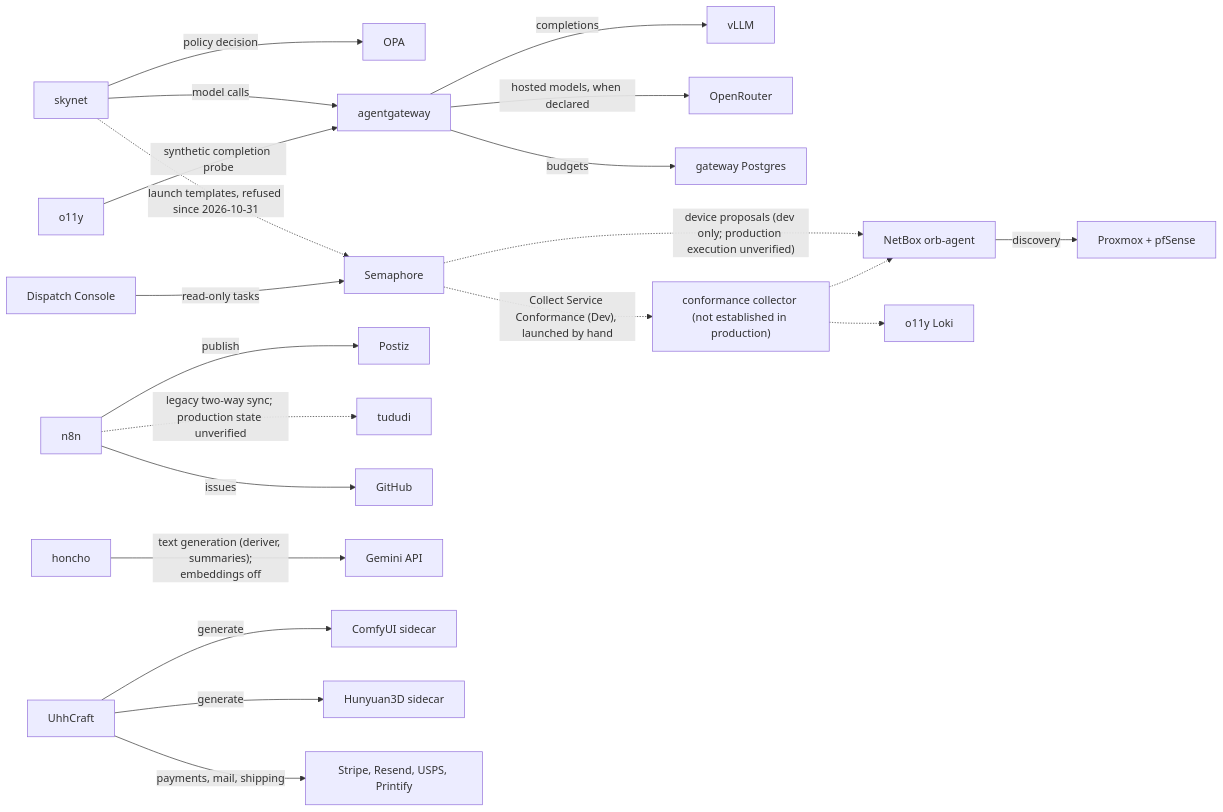
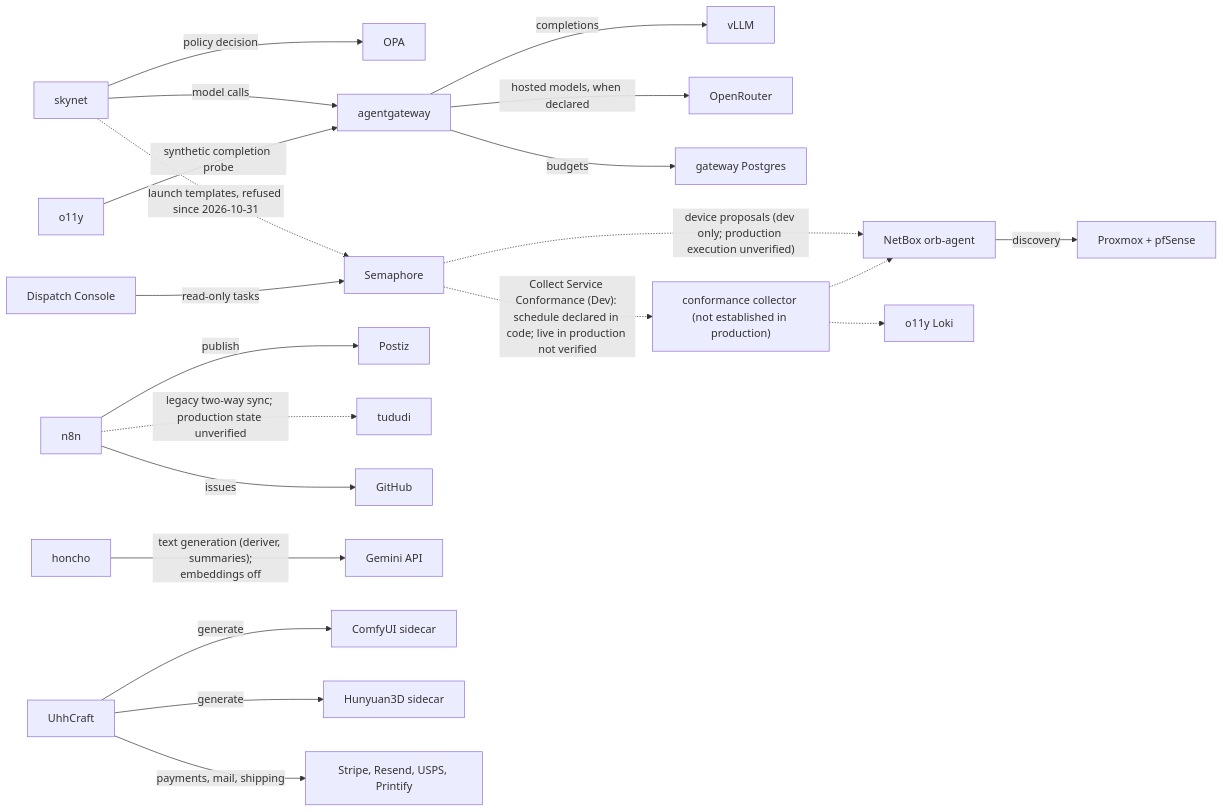
The fifth of 10 diagrams in plan/architecture/service-architecture.md (uhstray-io/agent-cloud), drawn with Mermaid before and after one commit. The commit also changed other lines of this file, not shown here.

First line of the commit message:
docs: correct conformance collector wording in service map

````diff
--- a/plan/architecture/service-architecture.md
+++ b/plan/architecture/service-architecture.md
@@ -319,23 +319,23 @@
 ```mermaid
 flowchart LR
     SKY["skynet"] -->|"policy decision"| OPA["OPA"]
     SKY -->|"model calls"| AGW["agentgateway"]
     SKY -.->|"launch templates, refused since 2026-10-31"| SEM["Semaphore"]
     AGW -->|"completions"| VLLM["vLLM"]
     AGW -->|"hosted models, when declared"| OR["OpenRouter"]
     AGW -->|"budgets"| AGWDB["gateway Postgres"]
     CON["Dispatch Console"] -->|"read-only tasks"| SEM
     N8N["n8n"] -->|"publish"| PZ["Postiz"]
     N8N -.->|"legacy two-way sync; production state unverified"| TD["tududi"]
     N8N -->|"issues"| GH["GitHub"]
     HON["honcho"] -->|"text generation (deriver, summaries);<br/>embeddings off"| GEM["Gemini API"]
     UHH["UhhCraft"] -->|"generate"| CUI["ComfyUI sidecar"]
     UHH -->|"generate"| HUN["Hunyuan3D sidecar"]
     UHH -->|"payments, mail, shipping"| EXT["Stripe, Resend, USPS, Printify"]
     NB["NetBox orb-agent"] -->|"discovery"| PVE["Proxmox + pfSense"]
     SEM -.->|"device proposals (dev only; production execution unverified)"| NB
     O11Y["o11y"] -->|"synthetic completion probe"| AGW
-    SEM -.->|"Collect Service Conformance (Dev), launched by hand"| COL["conformance collector (not established in production)"]
+    SEM -.->|"Collect Service Conformance (Dev): schedule declared in code; live in production not verified"| COL["conformance collector (not established in production)"]
     COL -.-> NB
     COL -.-> LOKI["o11y Loki"]
 ```
````
